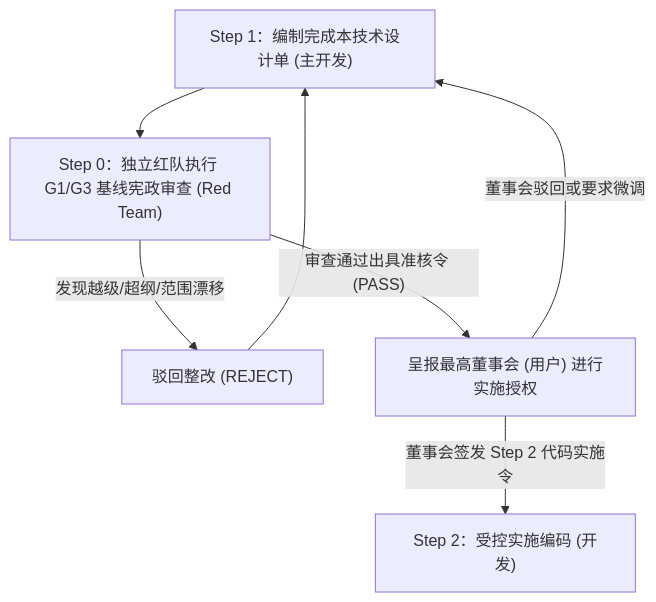
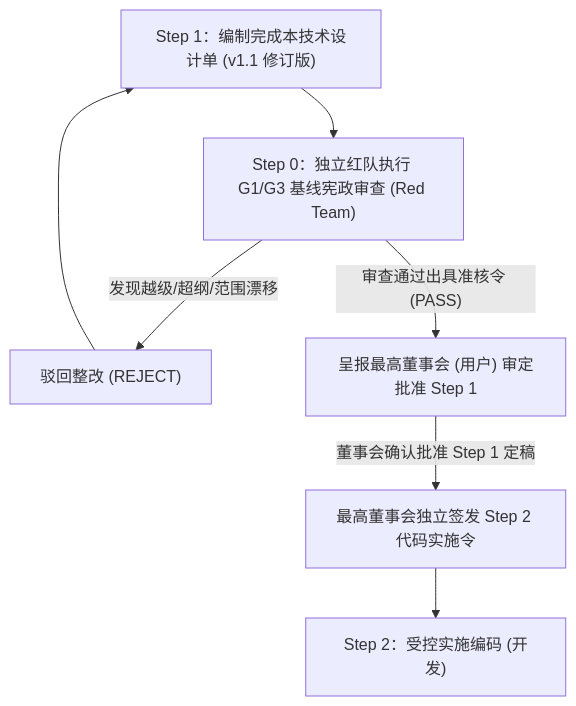
Before and after one commit to siyuwha/zhijian: the fourth of 4 diagrams in 开发文档/20-G1-M3交易记录与持仓管理技术设计单.md, drawn with Mermaid. The commit also changed other lines of this file, not shown here.

````diff
--- a/开发文档/20-G1-M3交易记录与持仓管理技术设计单.md
+++ b/开发文档/20-G1-M3交易记录与持仓管理技术设计单.md
@@ -406,9 +481,9 @@
 ```mermaid
 flowchart TD
-    D["Step 1：编制完成本技术设计单 (主开发)"] --> S0["Step 0：独立红队执行 G1/G3 基线宪政审查 (Red Team)"]
+    D["Step 1：编制完成本技术设计单 (v1.1 修订版)"] --> S0["Step 0：独立红队执行 G1/G3 基线宪政审查 (Red Team)"]
     S0 -- "发现越级/超纲/范围漂移" --> REJ["驳回整改 (REJECT)"]
     REJ --> D
-    S0 -- "审查通过出具准核令 (PASS)" --> B["呈报最高董事会 (用户) 进行实施授权"]
-    B -- "董事会签发 Step 2 代码实施令" --> C["Step 2：受控实施编码 (开发)"]
-    B -- "董事会驳回或要求微调" --> D
+    S0 -- "审查通过出具准核令 (PASS)" --> B1["呈报最高董事会 (用户) 审定批准 Step 1"]
+    B1 -- "董事会确认批准 Step 1 定稿" --> B2["最高董事会独立签发 Step 2 代码实施令"]
+    B2 --> C["Step 2：受控实施编码 (开发)"]
 ```
````
